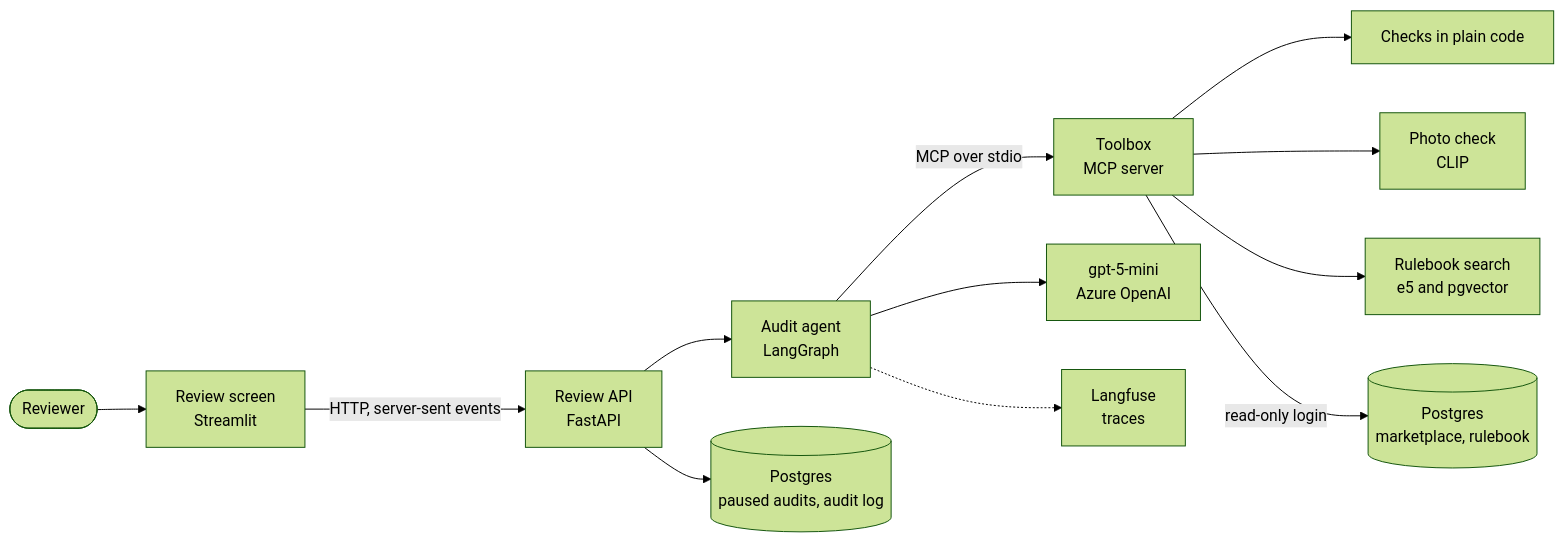
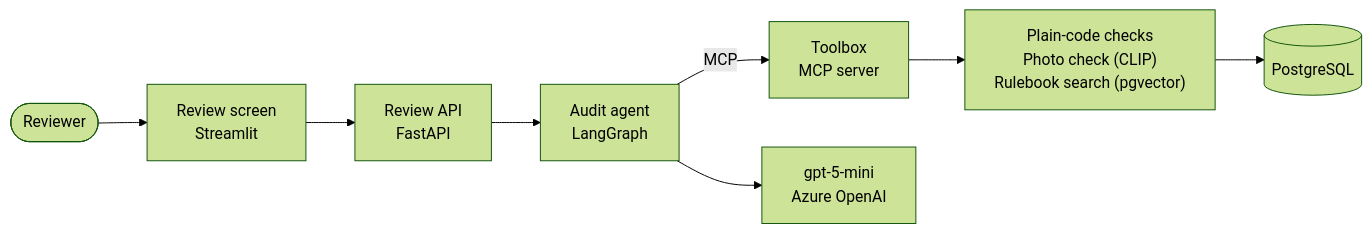
One commit to aishwaryaj7/listingaudit changed the diagram in README.md. Above: the diagram before and after it, drawn with Mermaid (forest theme). The commit also changed other lines of this file and 2 other files, not shown here.

````diff
--- a/README.md
+++ b/README.md
@@ -44,14 +15,10 @@
 ```mermaid
 flowchart LR
     person([Reviewer]) --> screen["Review screen<br/>Streamlit"]
-    screen -- "HTTP, server-sent events" --> api["Review API<br/>FastAPI"]
+    screen --> api["Review API<br/>FastAPI"]
     api --> agent["Audit agent<br/>LangGraph"]
-    agent -- "MCP over stdio" --> toolbox["Toolbox<br/>MCP server"]
+    agent -- MCP --> toolbox["Toolbox<br/>MCP server"]
     agent --> llm["gpt-5-mini<br/>Azure OpenAI"]
-    toolbox --> checks["Checks in plain code"]
-    toolbox --> clip["Photo check<br/>CLIP"]
-    toolbox --> search["Rulebook search<br/>e5 and pgvector"]
-    toolbox -- "read-only login" --> market[("Postgres<br/>marketplace, rulebook")]
-    api --> review[("Postgres<br/>paused audits, audit log")]
-    agent -.-> langfuse["Langfuse<br/>traces"]
+    toolbox --> tools["Plain-code checks<br/>Photo check (CLIP)<br/>Rulebook search (pgvector)"]
+    tools --> db[("PostgreSQL")]
 ```
````
